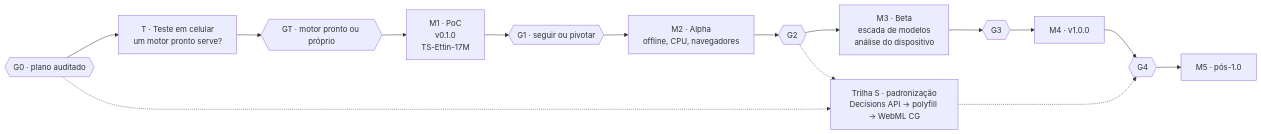
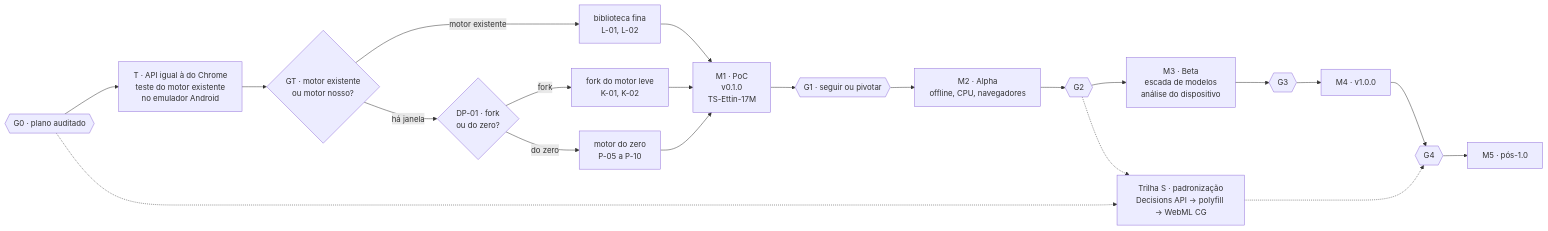
Before and after one commit to frederico-kluser/som-webcore: the first of 9 diagrams in ROADMAP.md, drawn with Mermaid. The commit also changed other lines of this file and 4 other files, not shown here.

First line of the commit message:
docs(roadmap): API igual à do Chrome, bifurcações e prompts (#7)

````diff
--- a/ROADMAP.md
+++ b/ROADMAP.md
@@ -74,17 +77,23 @@
 ```mermaid
 flowchart LR
-    G0{{"G0 · plano auditado"}} --> MT["T · Teste em celular<br/>um motor pronto serve?"]
-    MT --> GT{{"GT · motor pronto ou próprio"}}
-    GT --> M1["M1 · PoC<br/>v0.1.0<br/>TS-Ettin-17M"]
+    G0{{"G0 · plano auditado"}} --> MT["T · API igual à do Chrome<br/>teste do motor existente<br/>no emulador Android"]
+    MT --> GT{"GT · motor existente<br/>ou motor nosso?"}
+    GT -->|"motor existente"| ML["biblioteca fina<br/>L-01, L-02"]
+    GT -->|"há janela"| DP{"DP-01 · fork<br/>ou do zero?"}
+    DP -->|"fork"| MK["fork do motor leve<br/>K-01, K-02"]
+    DP -->|"do zero"| MP["motor do zero<br/>P-05 a P-10"]
+    ML --> M1["M1 · PoC<br/>v0.1.0<br/>TS-Ettin-17M"]
+    MK --> M1
+    MP --> M1
     M1 --> G1{{"G1 · seguir ou pivotar"}}
     G1 --> M2["M2 · Alpha<br/>offline, CPU, navegadores"]
     M2 --> G2{{"G2"}}
     G2 --> M3["M3 · Beta<br/>escada de modelos<br/>análise do dispositivo"]
     M3 --> G3{{"G3"}}
     G3 --> M4["M4 · v1.0.0"]
     M4 --> G4{{"G4"}}
     G4 --> M5["M5 · pós-1.0"]
     G0 -.-> S["Trilha S · padronização<br/>Decisions API → polyfill → WebML CG"]
     G2 -.-> S
     S -.-> G4
 ```
````
